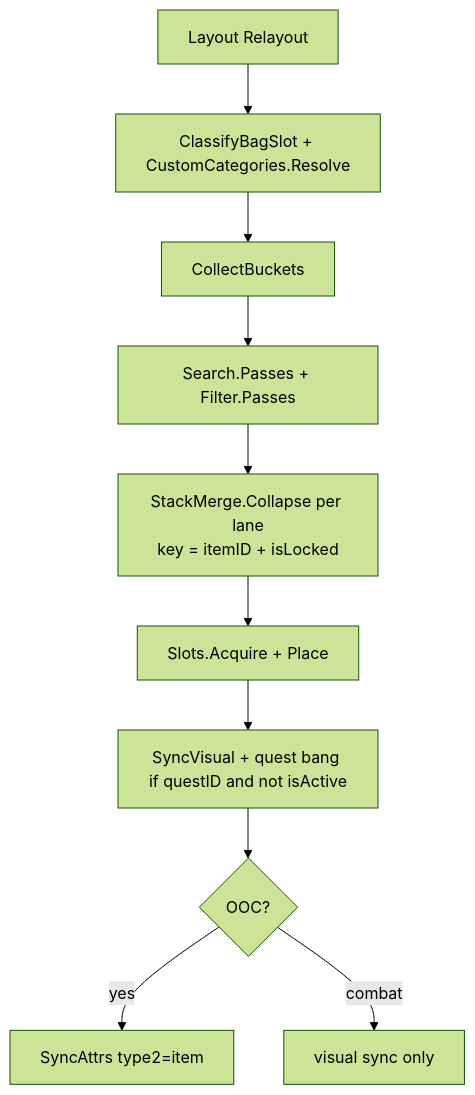
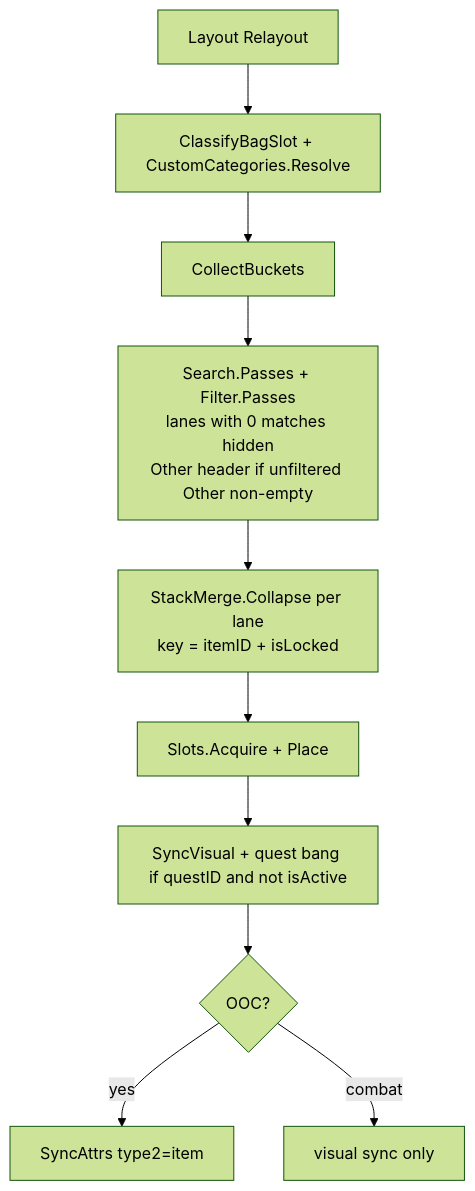
Before and after one commit to sirTurbisCZ/wow-forever-addons: the second of 6 diagrams in addons/BetterBackpack/Docs/loops.md, drawn with Mermaid (forest theme). The commit also changed 8 other files, not shown here.

First line of the commit message:
BetterBackpack 1.2.2: clarify lane rules label; Other header during search

````diff
--- a/addons/BetterBackpack/Docs/loops.md
+++ b/addons/BetterBackpack/Docs/loops.md
@@ -42,13 +42,13 @@
 ```mermaid
 flowchart TD
   L[Layout Relayout]
   L --> Class[ClassifyBagSlot + CustomCategories.Resolve]
   Class --> Buckets[CollectBuckets]
-  Buckets --> SF[Search.Passes + Filter.Passes]
+  Buckets --> SF[Search.Passes + Filter.Passes<br/>lanes with 0 matches hidden<br/>Other header if unfiltered Other non-empty]
   SF --> Merge[StackMerge.Collapse per lane<br/>key = itemID + isLocked]
   Merge --> Place[Slots.Acquire + Place]
   Place --> Visual[SyncVisual + quest bang if questID and not isActive]
   Visual --> Attrs{OOC?}
   Attrs -->|yes| Sync[SyncAttrs type2=item]
   Attrs -->|combat| Keep[visual sync only]
 ```
````
